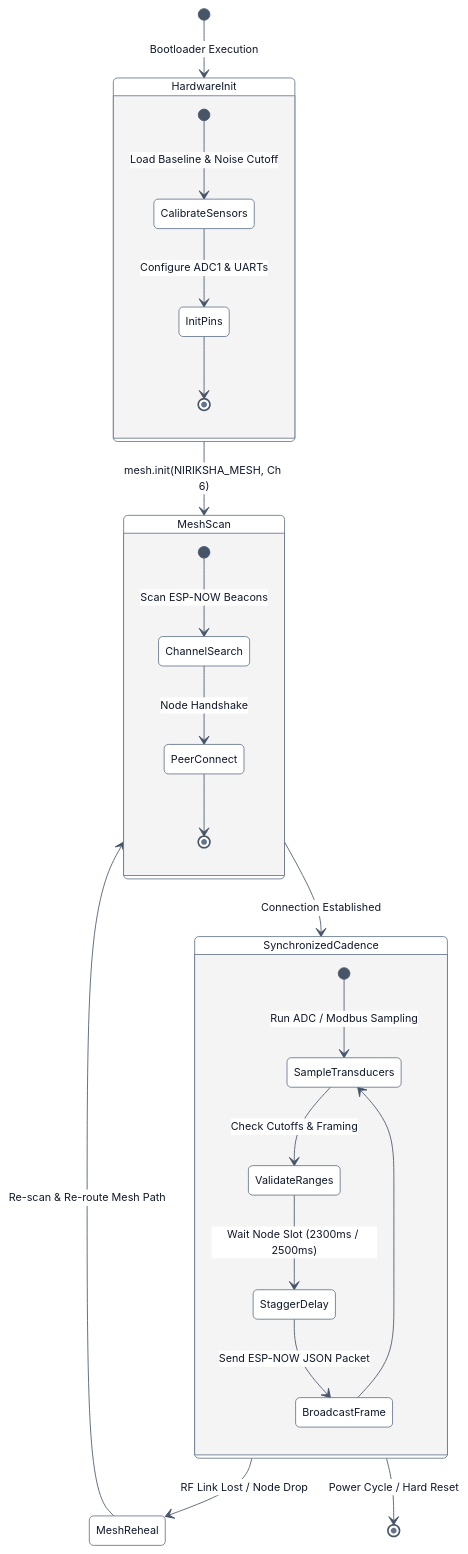
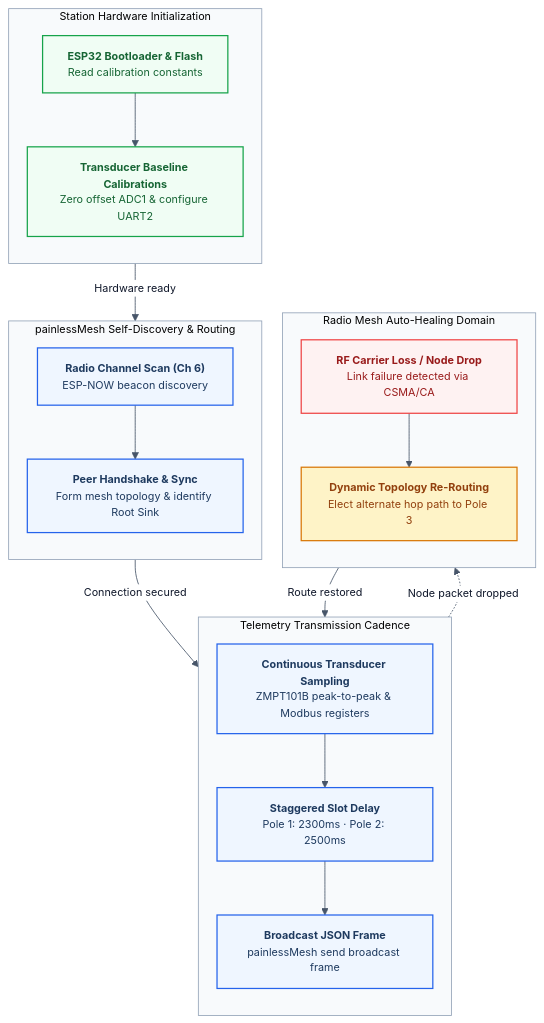
The second of 2 diagrams in docs/02_HARDWARE_AND_MESH.md (MadhavK3/niriksha), drawn with Mermaid before and after one commit. The commit also changed other lines of this file and 10 other files, not shown here.

Commit message:
docs: overhaul architecture diagrams to semantic monochromatic Mermaid flowcharts

````diff
--- a/docs/02_HARDWARE_AND_MESH.md
+++ b/docs/02_HARDWARE_AND_MESH.md
@@ -59,43 +61,63 @@
 ```mermaid
 %%{init: {
   "theme": "base",
   "themeVariables": {
     "fontFamily": "Inter, Segoe UI, sans-serif",
     "fontSize": "13px",
     "primaryColor": "#ffffff",
     "primaryBorderColor": "#64748b",
     "primaryTextColor": "#0f172a",
-    "lineColor": "#475569"
-  }
+    "lineColor": "#475569",
+    "clusterBkg": "#f8fafc",
+    "clusterBorder": "#94a3b8"
+  },
+  "flowchart": { "curve": "basis", "htmlLabels": true, "nodeSpacing": 25, "rankSpacing": 40 }
 } }%%
-stateDiagram-v2
-    [*] --> HardwareInit: Bootloader Execution
-    
-    state HardwareInit {
-        [*] --> CalibrateSensors: Load Baseline & Noise Cutoff
-        CalibrateSensors --> InitPins: Configure ADC1 & UARTs
-        InitPins --> [*]
-    }
+flowchart TB
+    subgraph INIT_PHASE["Station Hardware Initialization"]
+        direction TB
+        B1["<b>ESP32 Bootloader &amp; Flash</b><br/>Read calibration constants"]
+        B2["<b>Transducer Baseline Calibrations</b><br/>Zero offset ADC1 &amp; configure UART2"]
+        B1 --> B2
+    end
 
-    HardwareInit --> MeshScan: mesh.init(NIRIKSHA_MESH, Ch 6)
-    
-    state MeshScan {
-        [*] --> ChannelSearch: Scan ESP-NOW Beacons
-        ChannelSearch --> PeerConnect: Node Handshake
-        PeerConnect --> [*]
-    }
+    subgraph MESH_PHASE["painlessMesh Self-Discovery &amp; Routing"]
+        direction TB
+        M1["<b>Radio Channel Scan (Ch 6)</b><br/>ESP-NOW beacon discovery"]
+        M2["<b>Peer Handshake &amp; Sync</b><br/>Form mesh topology &amp; identify Root Sink"]
+        M1 --> M2
+    end
 
-    MeshScan --> SynchronizedCadence: Connection Established
-    
-    state SynchronizedCadence {
-        [*] --> SampleTransducers: Run ADC / Modbus Sampling
-        SampleTransducers --> ValidateRanges: Check Cutoffs & Framing
-        ValidateRanges --> StaggerDelay: Wait Node Slot (2300ms / 2500ms)
-        StaggerDelay --> BroadcastFrame: Send ESP-NOW JSON Packet
-        BroadcastFrame --> SampleTransducers
-    }
+    INIT_PHASE -->|"Hardware ready"| MESH_PHASE
 
-    SynchronizedCadence --> MeshReheal: RF Link Lost / Node Drop
-    MeshReheal --> MeshScan: Re-scan & Re-route Mesh Path
-    SynchronizedCadence --> [*]: Power Cycle / Hard Reset
+    subgraph CADENCE_PHASE["Telemetry Transmission Cadence"]
+        direction TB
+        C1["<b>Continuous Transducer Sampling</b><br/>ZMPT101B peak-to-peak &amp; Modbus registers"]
+        C2["<b>Staggered Slot Delay</b><br/>Pole 1: 2300ms · Pole 2: 2500ms"]
+        C3["<b>Broadcast JSON Frame</b><br/>painlessMesh send broadcast frame"]
+        C1 --> C2 --> C3
+    end
+
+    MESH_PHASE -->|"Connection secured"| CADENCE_PHASE
+
+    subgraph RECOVERY_PHASE["Radio Mesh Auto-Healing Domain"]
+        direction TB
+        R1["<b>RF Carrier Loss / Node Drop</b><br/>Link failure detected via CSMA/CA"]
+        R2["<b>Dynamic Topology Re-Routing</b><br/>Elect alternate hop path to Pole 3"]
+        R1 --> R2
+    end
+
+    CADENCE_PHASE -.->|"Node packet dropped"| RECOVERY_PHASE
+    RECOVERY_PHASE -->|"Route restored"| CADENCE_PHASE
+
+    classDef default fill:#ffffff,stroke:#64748b,stroke-width:1px,color:#0f172a;
+    classDef healthy fill:#f0fdf4,stroke:#16a34a,stroke-width:1.5px,color:#166534;
+    classDef active fill:#eff6ff,stroke:#2563eb,stroke-width:1.5px,color:#1e3a5f;
+    classDef warning fill:#fef3c7,stroke:#d97706,stroke-width:1.5px,color:#92400e;
+    classDef failure fill:#fef2f2,stroke:#ef4444,stroke-width:1.5px,color:#991b1b;
+
+    class B1,B2 healthy;
+    class M1,M2,C1,C2,C3 active;
+    class R1 failure;
+    class R2 warning;
 ```
````
